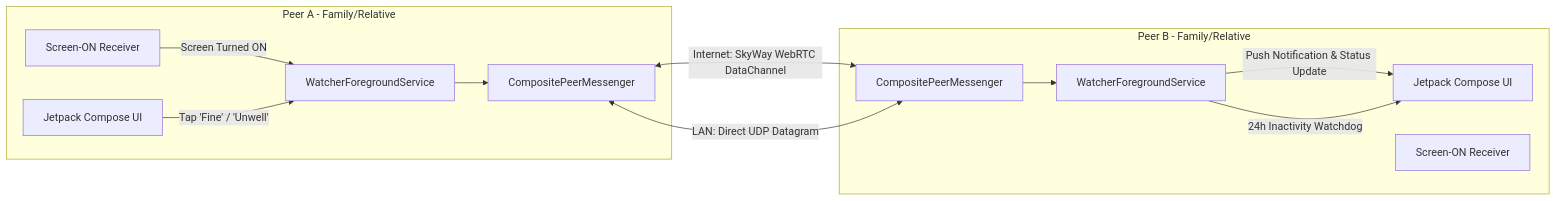
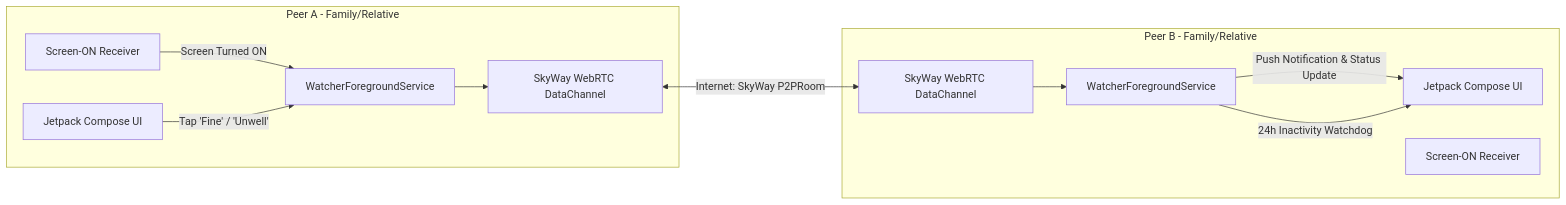
Before and after one commit to amekusa03/BugsLife: the diagram in README.md, drawn with Mermaid. The commit also changed other lines of this file and 40 other files, not shown here.

Commit message:
Update SkyWay SDK to 2.9.0, add app icon, remove hardcoded keys, and finalize documentation

````diff
--- a/README.md
+++ b/README.md
@@ -58,25 +82,24 @@
 ```mermaid
 graph LR
     subgraph Device A [Peer A - Family/Relative]
         UI_A[Jetpack Compose UI]
         Service_A[WatcherForegroundService]
         Screen_A[Screen-ON Receiver]
-        Composite_A[CompositePeerMessenger]
+        SkyWay_A[SkyWay WebRTC DataChannel]
     end
 
     subgraph Device B [Peer B - Family/Relative]
         UI_B[Jetpack Compose UI]
         Service_B[WatcherForegroundService]
         Screen_B[Screen-ON Receiver]
-        Composite_B[CompositePeerMessenger]
+        SkyWay_B[SkyWay WebRTC DataChannel]
     end
 
     Screen_A -->|Screen Turned ON| Service_A
     UI_A -->|Tap 'Fine' / 'Unwell'| Service_A
-    Service_A --> Composite_A
-    Composite_A <-->|Internet: SkyWay WebRTC DataChannel| Composite_B
-    Composite_A <-->|LAN: Direct UDP Datagram| Composite_B
-    Composite_B --> Service_B
+    Service_A --> SkyWay_A
+    SkyWay_A <-->|Internet: SkyWay P2PRoom| SkyWay_B
+    SkyWay_B --> Service_B
     Service_B -->|Push Notification & Status Update| UI_B
     Service_B -->|24h Inactivity Watchdog| UI_B
 ```
````
